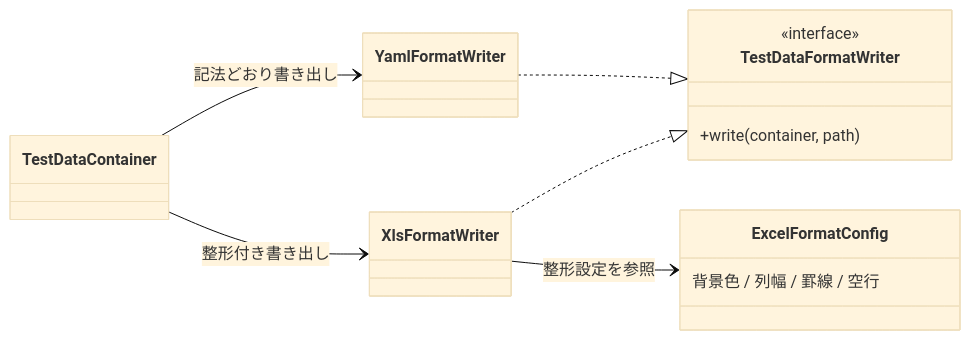
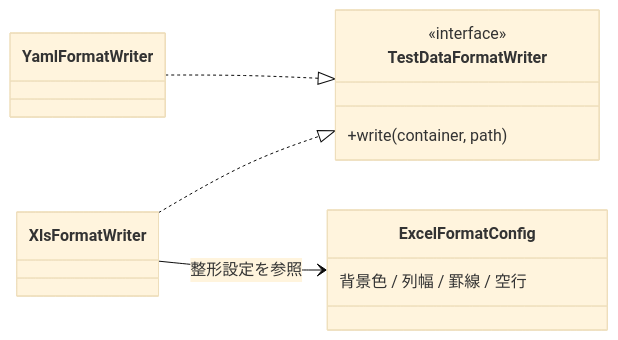
The fourth of 5 diagrams in docs/pr75/docs/testdata-converter-design.md (nablarch/nablarch-testing), drawn with Mermaid (base theme) before and after one commit. The commit also changed other lines of this file and 43 other files, not shown here.

````diff
--- a/docs/pr75/docs/testdata-converter-design.md
+++ b/docs/pr75/docs/testdata-converter-design.md
@@ -280,19 +216,16 @@
 ```mermaid
 classDiagram
 direction LR
-class TestDataContainer
 class TestDataFormatWriter {
   <<interface>>
   +write(container, path)
 }
 class YamlFormatWriter
 class XlsFormatWriter
 class ExcelFormatConfig {
   背景色 / 列幅 / 罫線 / 空行
 }
 YamlFormatWriter ..|> TestDataFormatWriter
 XlsFormatWriter ..|> TestDataFormatWriter
-TestDataContainer --> YamlFormatWriter : 記法どおり書き出し
-TestDataContainer --> XlsFormatWriter : 整形付き書き出し
 XlsFormatWriter --> ExcelFormatConfig : 整形設定を参照
 ```
````
